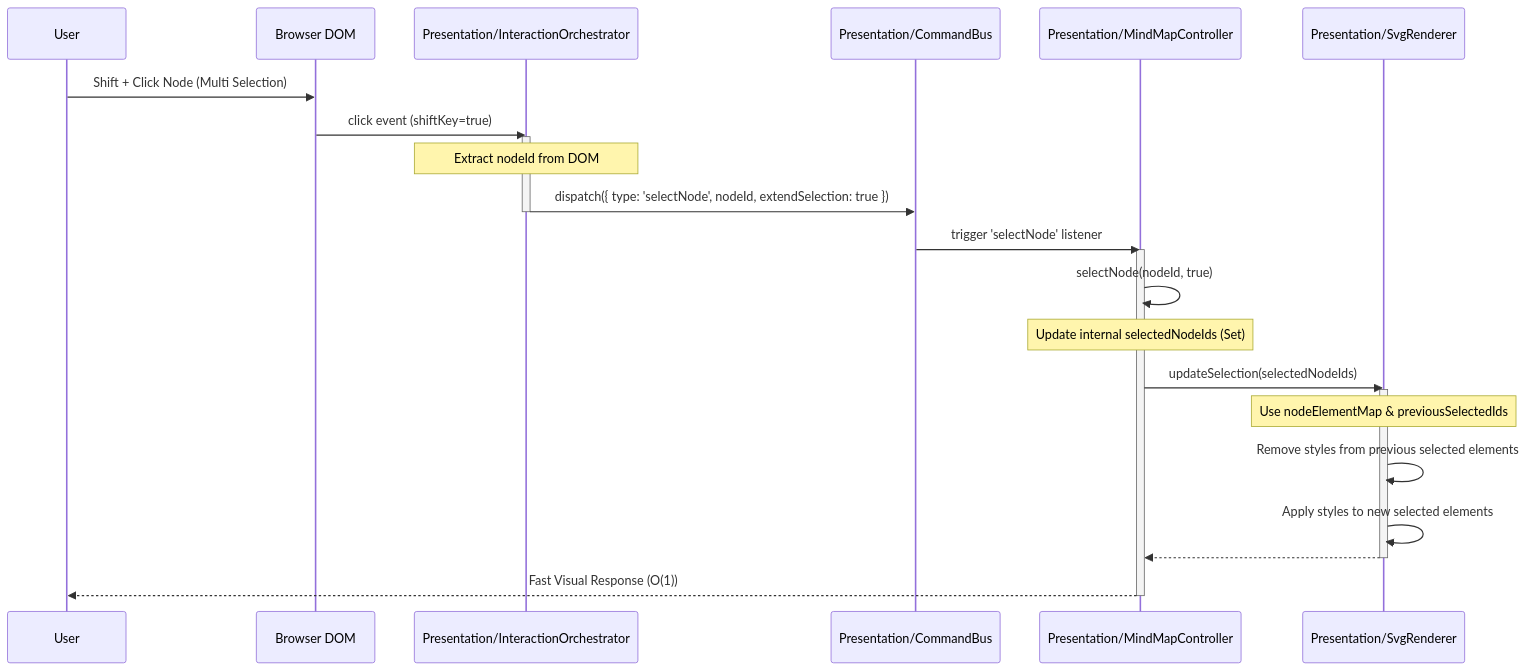
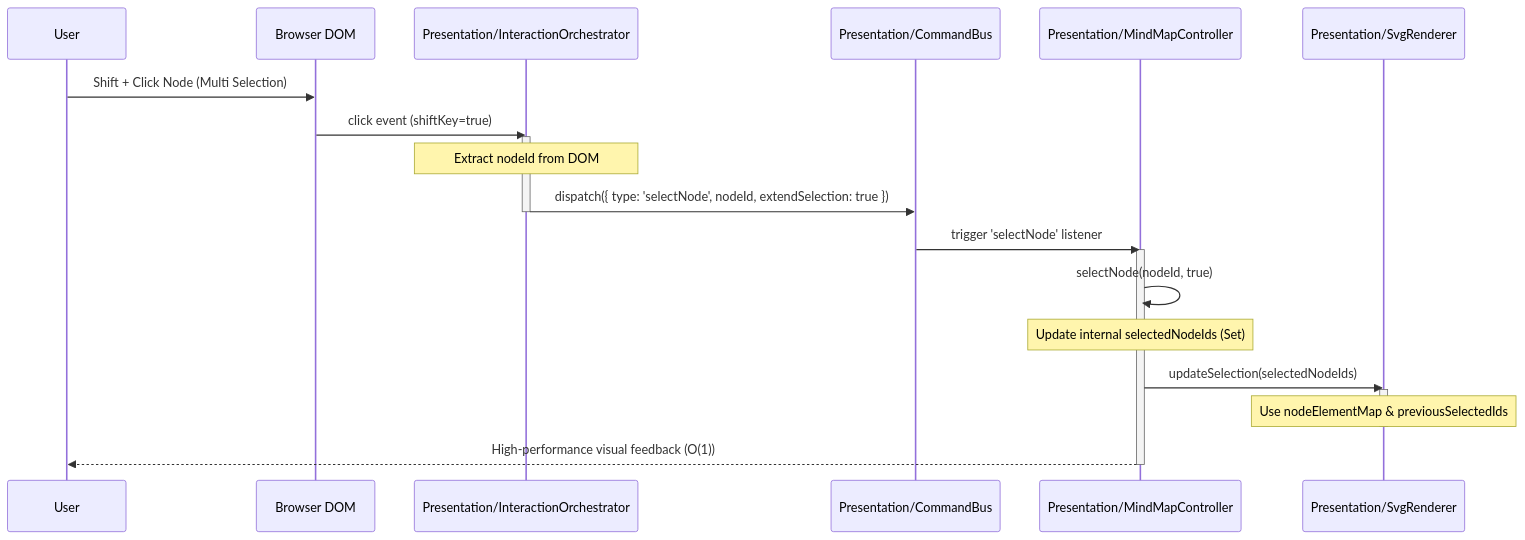
The seventh of 8 diagrams in docs/SOFTWARE_ARCHITECTURE.md (hiroooo000/kakidash), drawn with Mermaid before and after one commit. The commit also changed other lines of this file and 1 other file, not shown here.

Commit message:
docs: Update software architecture for clipboard paste flow

````diff
--- a/docs/SOFTWARE_ARCHITECTURE.md
+++ b/docs/SOFTWARE_ARCHITECTURE.md
@@ -430,33 +430,30 @@
 ```mermaid
 sequenceDiagram
     participant User
     participant DOM as Browser DOM
     participant Orch as Presentation/InteractionOrchestrator
     participant Bus as Presentation/CommandBus
     participant Controller as Presentation/MindMapController
     participant Renderer as Presentation/SvgRenderer
 
     User->>DOM: Shift + Click Node (Multi Selection)
     DOM->>Orch: click event (shiftKey=true)
     activate Orch
     Note over Orch: Extract nodeId from DOM
     Orch->>Bus: dispatch({ type: 'selectNode', nodeId, extendSelection: true })
     deactivate Orch
     
     Bus->>Controller: trigger 'selectNode' listener
     activate Controller
 
     Controller->>Controller: selectNode(nodeId, true)
     Note over Controller: Update internal selectedNodeIds (Set)
     
     Controller->>Renderer: updateSelection(selectedNodeIds)
     activate Renderer
     Note over Renderer: Use nodeElementMap & previousSelectedIds
-    Renderer->>Renderer: Remove styles from previous selected elements
-    Renderer->>Renderer: Apply styles to new selected elements
-    Renderer-->>Controller: 
     deactivate Renderer
 
-    Controller-->>User: Fast Visual Response (O(1))
+    Controller-->>User: High-performance visual feedback (O(1))
     deactivate Controller
 ```
````
